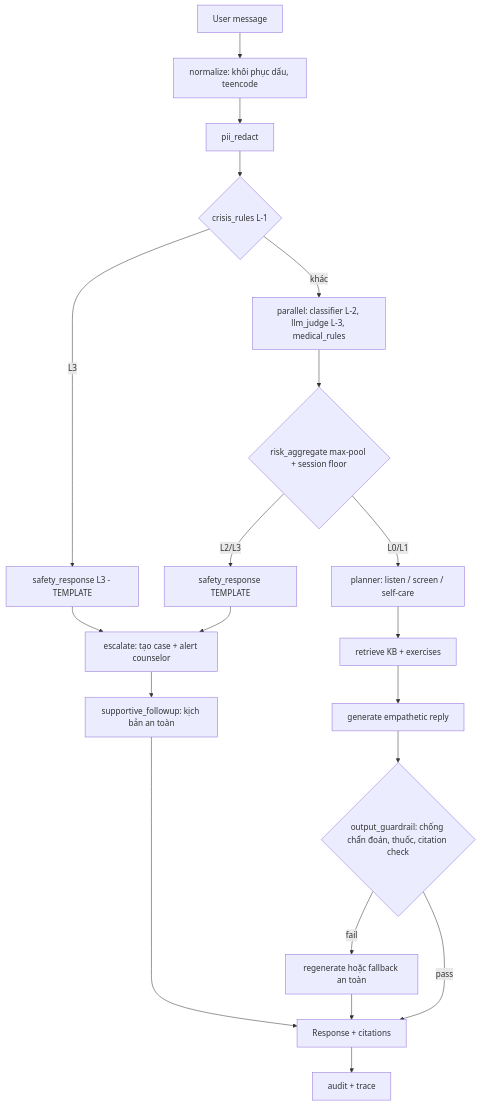
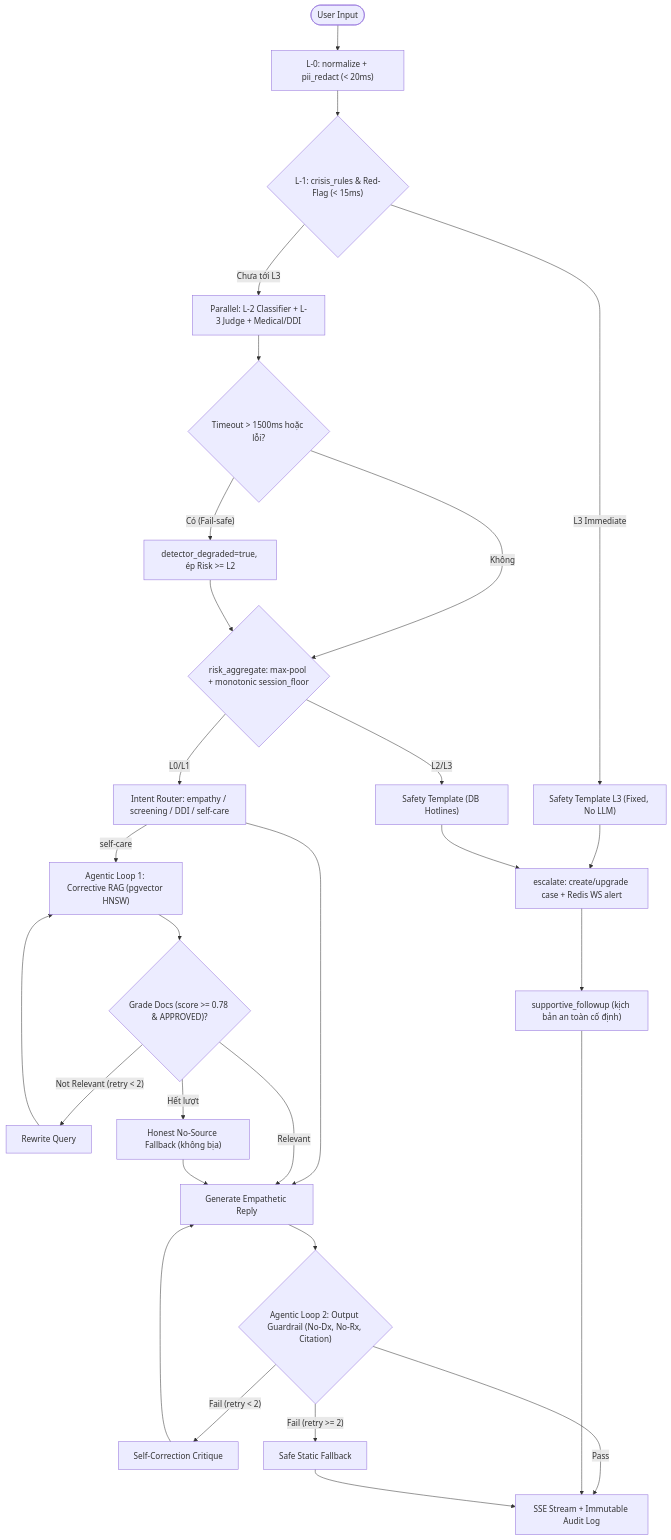
Before and after one commit to Quangvu256/demo-buildphase: the second of 2 diagrams in docs/02-PRD.md, drawn with Mermaid. The commit also changed other lines of this file and 5 other files, not shown here.

Commit message:
feat: add database env vars, wireframes, PRD, architecture ADR, and interactive demo UI

````diff
--- a/docs/02-PRD.md
+++ b/docs/02-PRD.md
@@ -210,22 +218,29 @@
 ```mermaid
 flowchart TD
-  IN[User message] --> NORM[normalize: khôi phục dấu, teencode]
-  NORM --> PII[pii_redact]
-  PII --> KW{crisis_rules L-1}
-  KW -- L3 --> SAFE3[safety_response L3 - TEMPLATE]
-  KW -- khác --> PAR[parallel: classifier L-2, llm_judge L-3, medical_rules]
-  PAR --> AGG{risk_aggregate max-pool + session floor}
-  AGG -- L2/L3 --> SAFE[safety_response TEMPLATE]
-  SAFE3 --> ESC[escalate: tạo case + alert counselor]
+  IN(["User Input"]) --> NORM["L-0: normalize + pii_redact (< 20ms)"]
+  NORM --> KW{"L-1: crisis_rules & Red-Flag (< 15ms)"}
+  KW -- "L3 Immediate" --> SAFE3["Safety Template L3 (Fixed, No LLM)"]
+  KW -- "Chưa tới L3" --> PAR["Parallel: L-2 Classifier + L-3 Judge + Medical/DDI"]
+  PAR --> TO{"Timeout > 1500ms hoặc lỗi?"}
+  TO -- "Có (Fail-safe)" --> DEG["detector_degraded=true, ép Risk >= L2"]
+  TO -- "Không" --> AGG
+  DEG --> AGG{"risk_aggregate: max-pool + monotonic session_floor"}
+  AGG -- "L2/L3" --> SAFE["Safety Template (DB Hotlines)"]
+  SAFE3 --> ESC["escalate: create/upgrade case + Redis WS alert"]
   SAFE --> ESC
-  ESC --> SUP[supportive_followup: kịch bản an toàn]
-  AGG -- L0/L1 --> PLAN[planner: listen / screen / self-care]
-  PLAN --> RAG[retrieve KB + exercises]
-  RAG --> GEN[generate empathetic reply]
-  GEN --> GUARD{output_guardrail: chống chẩn đoán, thuốc, citation check}
-  GUARD -- fail --> REGEN[regenerate hoặc fallback an toàn]
-  GUARD -- pass --> OUT[Response + citations]
+  ESC --> SUP["supportive_followup (kịch bản an toàn cố định)"]
+  AGG -- "L0/L1" --> PLAN["Intent Router: empathy / screening / DDI / self-care"]
+  PLAN -- "self-care" --> RAG["Agentic Loop 1: Corrective RAG (pgvector HNSW)"]
+  RAG --> GRADE{"Grade Docs (score >= 0.78 & APPROVED)?"}
+  GRADE -- "Not Relevant (retry < 2)" --> REW["Rewrite Query"] --> RAG
+  GRADE -- "Hết lượt" --> EMPTY["Honest No-Source Fallback (không bịa)"]
+  PLAN --> GEN["Generate Empathetic Reply"]
+  GRADE -- "Relevant" --> GEN
+  EMPTY --> GEN
+  GEN --> GUARD{"Agentic Loop 2: Output Guardrail (No-Dx, No-Rx, Citation)"}
+  GUARD -- "Fail (retry < 2)" --> CRIT["Self-Correction Critique"] --> GEN
+  GUARD -- "Fail (retry >= 2)" --> SAFE_FB["Safe Static Fallback"]
+  GUARD -- "Pass" --> OUT["SSE Stream + Immutable Audit Log"]
   SUP --> OUT
-  REGEN --> OUT
-  OUT --> LOG[audit + trace]
+  SAFE_FB --> OUT
 ```
````
